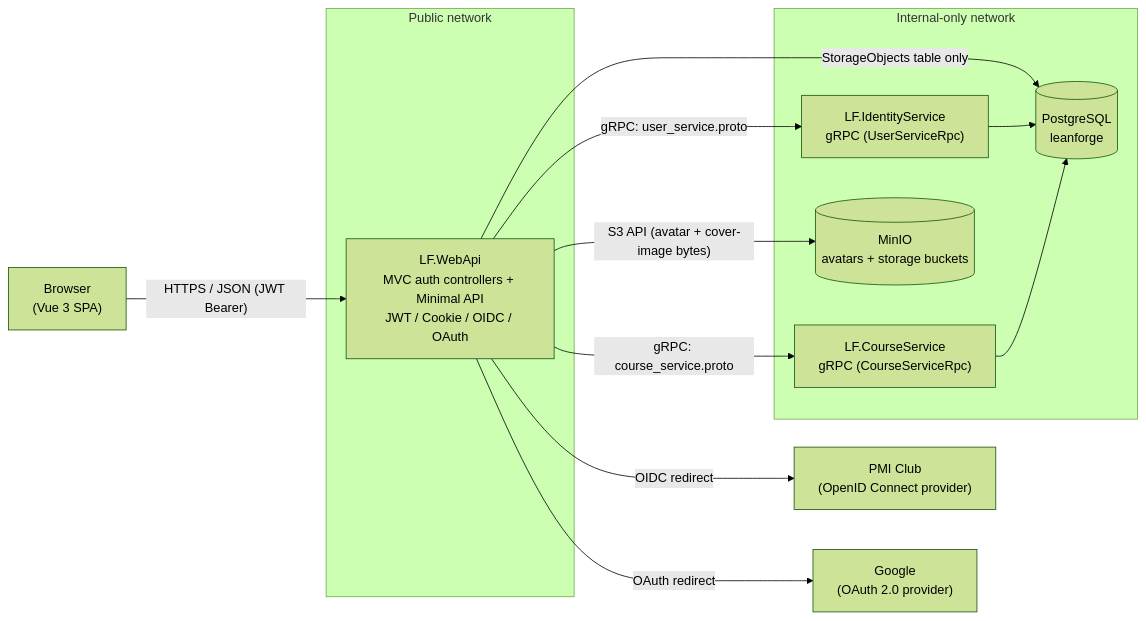
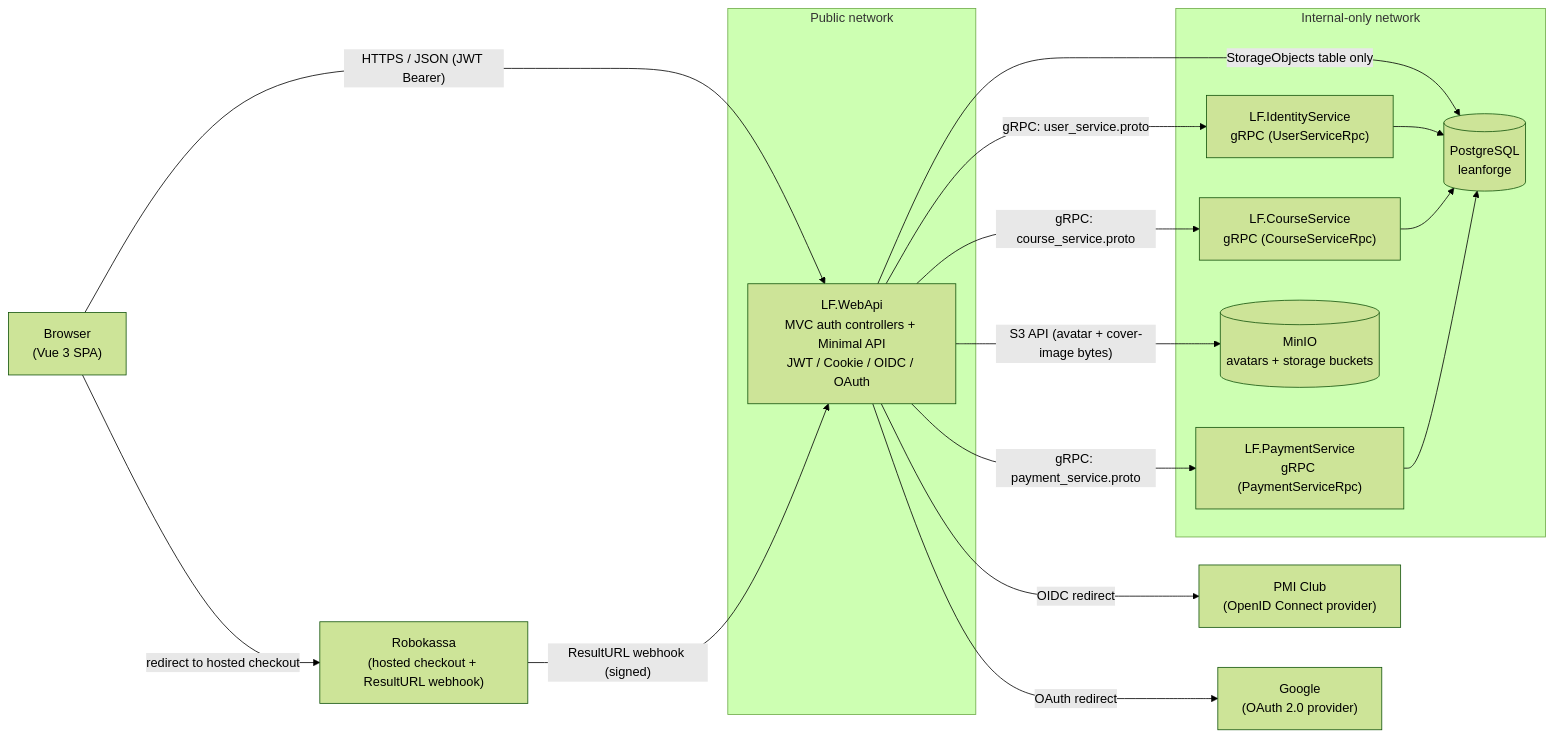
Before and after one commit to TopTuK/LeanForgeLMS: the first of 2 diagrams in README.md, drawn with Mermaid (forest theme). The commit also changed other lines of this file and 71 other files, not shown here.

Commit message:
Support Sentry and Payment Service

````diff
--- a/README.md
+++ b/README.md
@@ -21,27 +22,33 @@
 ```mermaid
 graph LR
     Browser["Browser<br/>(Vue 3 SPA)"]
     PMI["PMI Club<br/>(OpenID Connect provider)"]
     Google["Google<br/>(OAuth 2.0 provider)"]
+    Robokassa["Robokassa<br/>(hosted checkout + ResultURL webhook)"]
 
     subgraph Public["Public network"]
         WebApi["LF.WebApi<br/>MVC auth controllers + Minimal API<br/>JWT / Cookie / OIDC / OAuth"]
     end
 
     subgraph Internal["Internal-only network"]
         IdentitySvc["LF.IdentityService<br/>gRPC (UserServiceRpc)"]
         CourseSvc["LF.CourseService<br/>gRPC (CourseServiceRpc)"]
+        PaymentSvc["LF.PaymentService<br/>gRPC (PaymentServiceRpc)"]
         Postgres[("PostgreSQL<br/>leanforge")]
         Minio[("MinIO<br/>avatars + storage buckets")]
     end
 
     Browser -- "HTTPS / JSON (JWT Bearer)" --> WebApi
+    Browser -- "redirect to hosted checkout" --> Robokassa
+    Robokassa -- "ResultURL webhook (signed)" --> WebApi
     WebApi -- "OIDC redirect" --> PMI
     WebApi -- "OAuth redirect" --> Google
     WebApi -- "gRPC: user_service.proto" --> IdentitySvc
     WebApi -- "gRPC: course_service.proto" --> CourseSvc
+    WebApi -- "gRPC: payment_service.proto" --> PaymentSvc
     WebApi -- "S3 API (avatar + cover-image bytes)" --> Minio
     WebApi -- "StorageObjects table only" --> Postgres
     IdentitySvc --> Postgres
     CourseSvc --> Postgres
+    PaymentSvc --> Postgres
 ```
````
